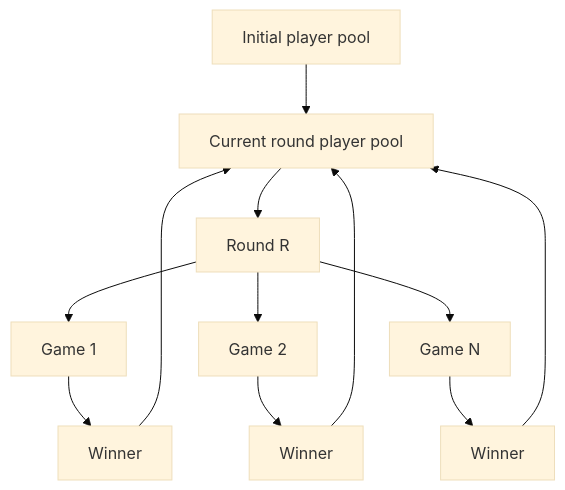
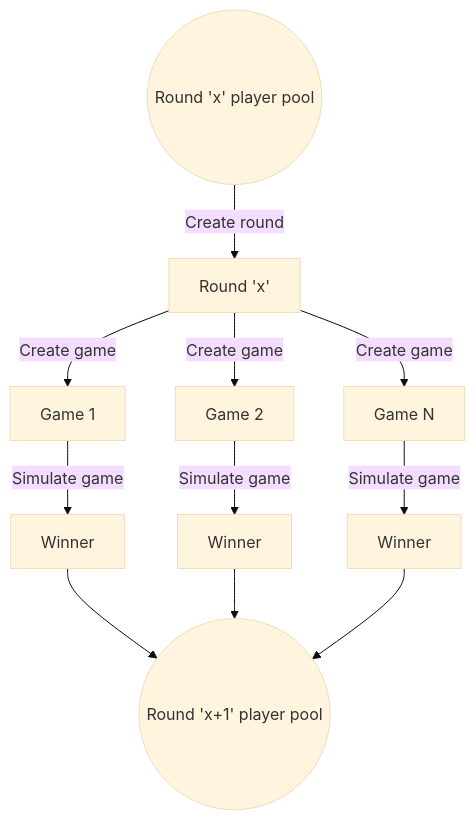
The diagram in README.md (devkevbot/brackets), drawn with Mermaid (base theme) before and after one commit. The commit also changed other lines of this file, not shown here.

Commit message:
refactor: overhaul README

````diff
--- a/README.md
+++ b/README.md
@@ -17,14 +19,16 @@
 ```mermaid
 graph TD;
-  X[Initial player pool]-->A
-  A[Current round player pool]-->B[Round R];
-  B-->C[Game 1]
-  B-->D[Game 2]
-  B-->E[Game N]
-  C-->F[Winner]
-  D-->G[Winner]
-  E-->H[Winner]
-  F-->A
-  G-->A
-  H-->A
+
+  A((Round 'x' player pool))--Create round -->B[Round 'x'];
+  B-- Create game -->C[Game 1]
+  B-- Create game -->D[Game 2]
+  B-- Create game -->E[Game N]
+  C-- Simulate game -->F[Winner]
+  D-- Simulate game -->G[Winner]
+  E-- Simulate game -->H[Winner]
+
+  F-->I((Round 'x+1' player pool))
+  G-->I
+  H-->I
+
 ```
````
